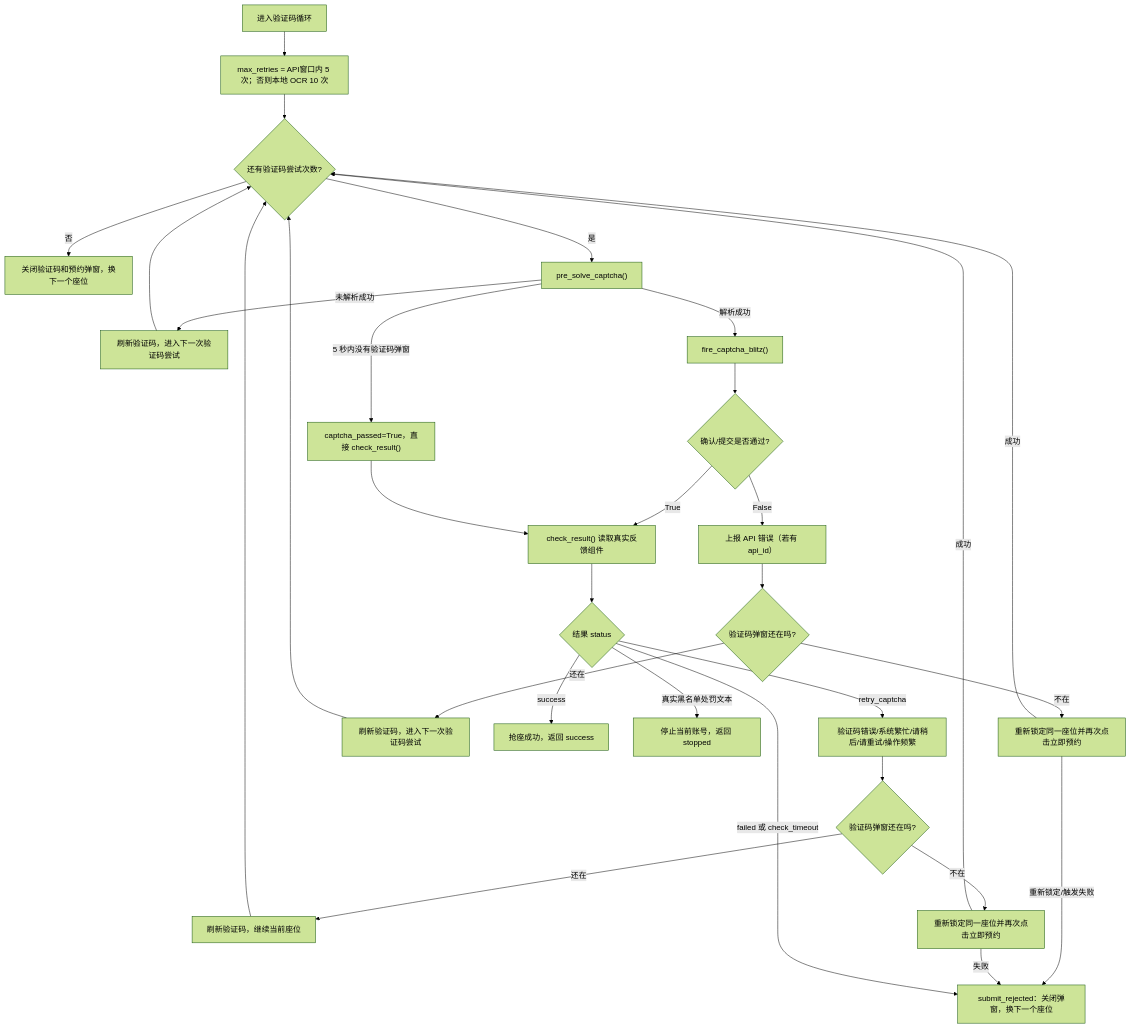
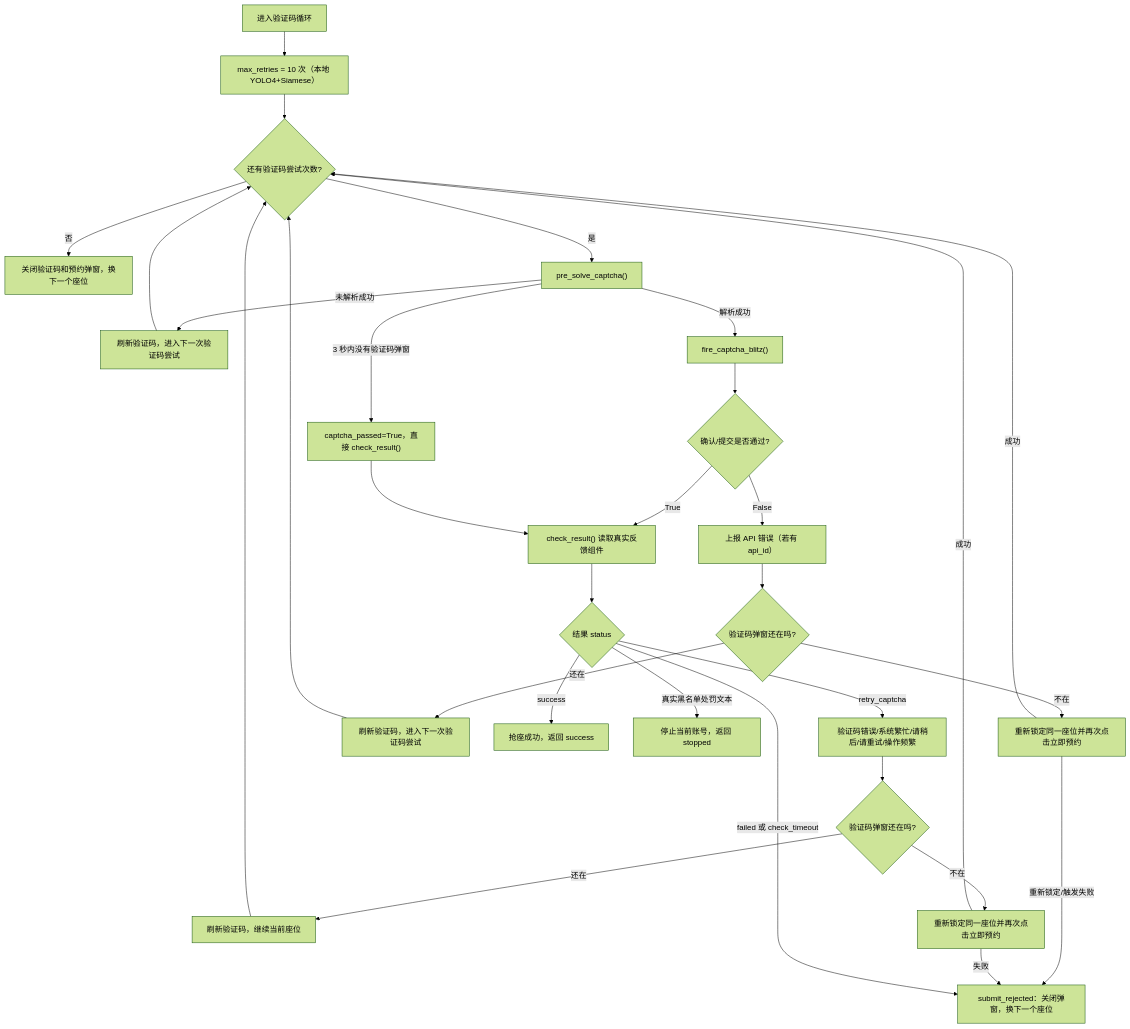
The seventh of 10 diagrams in docs/BOOKING_FLOWCHART.md (XUNRANA/LNU-LibSeat-Automation), drawn with Mermaid (forest theme) before and after one commit. The commit also changed other lines of this file and 23 other files, not shown here.

````diff
--- a/docs/BOOKING_FLOWCHART.md
+++ b/docs/BOOKING_FLOWCHART.md
@@ -230,35 +230,35 @@
 ```mermaid
 flowchart TD
-    A["进入验证码循环"] --> B["max_retries = API窗口内 5 次；否则本地 OCR 10 次"]
+    A["进入验证码循环"] --> B["max_retries = 10 次（本地 YOLO4+Siamese）"]
     B --> C{"还有验证码尝试次数?"}
     C -- "否" --> OUT1["关闭验证码和预约弹窗，换下一个座位"]
     C -- "是" --> D["pre_solve_captcha()"]
 
-    D -- "5 秒内没有验证码弹窗" --> E["captcha_passed=True，直接 check_result()"]
+    D -- "3 秒内没有验证码弹窗" --> E["captcha_passed=True，直接 check_result()"]
     D -- "未解析成功" --> D1["刷新验证码，进入下一次验证码尝试"]
     D1 --> C
     D -- "解析成功" --> F["fire_captcha_blitz()"]
 
     F --> G{"确认/提交是否通过?"}
     G -- "False" --> H["上报 API 错误（若有 api_id）"]
     H --> I{"验证码弹窗还在吗?"}
     I -- "不在" --> J["重新锁定同一座位并再次点击立即预约"]
     J -- "重新锁定/触发失败" --> OUT2["submit_rejected：关闭弹窗，换下一个座位"]
     J -- "成功" --> C
     I -- "还在" --> K["刷新验证码，进入下一次验证码尝试"]
     K --> C
 
     G -- "True" --> L["check_result() 读取真实反馈组件"]
     E --> L
     L --> M{"结果 status"}
     M -- "success" --> OUT3["抢座成功，返回 success"]
     M -- "真实黑名单处罚文本" --> OUT4["停止当前账号，返回 stopped"]
     M -- "retry_captcha" --> N["验证码错误/系统繁忙/请稍后/请重试/操作频繁"]
     N --> O{"验证码弹窗还在吗?"}
     O -- "还在" --> O1["刷新验证码，继续当前座位"]
     O1 --> C
     O -- "不在" --> O2["重新锁定同一座位并再次点击立即预约"]
     O2 -- "成功" --> C
     O2 -- "失败" --> OUT2
     M -- "failed 或 check_timeout" --> OUT2
 ```
````
